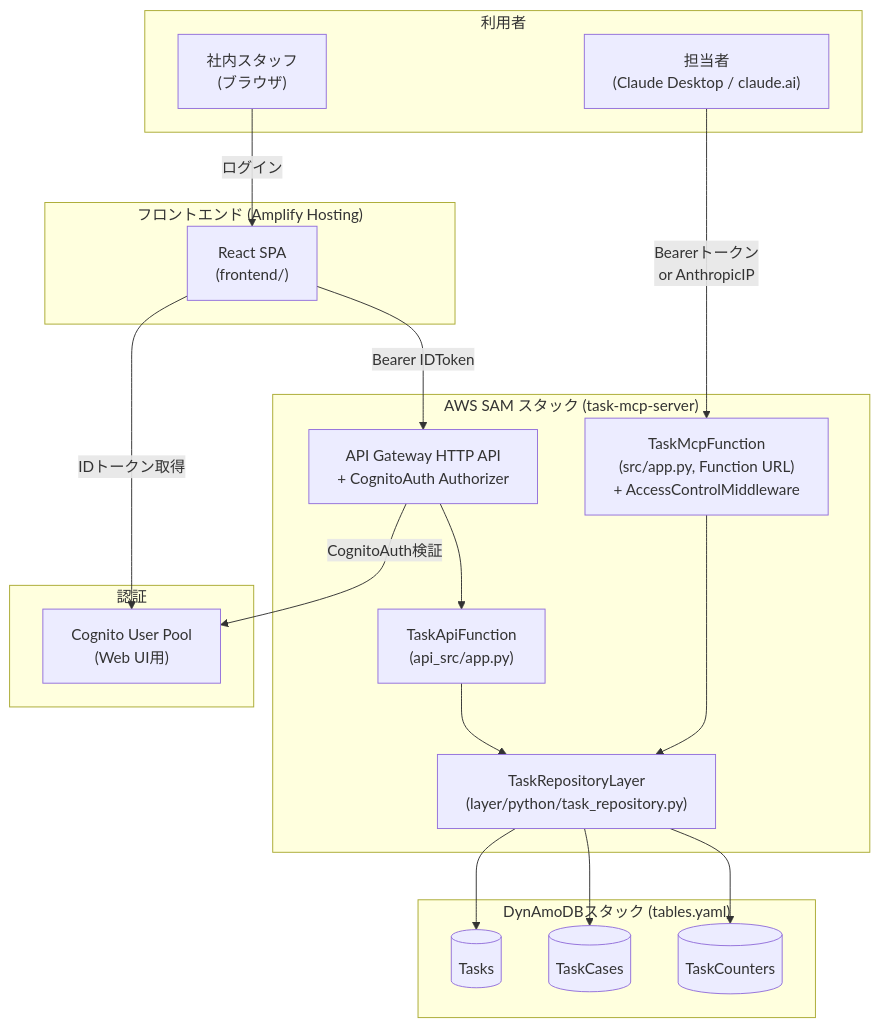
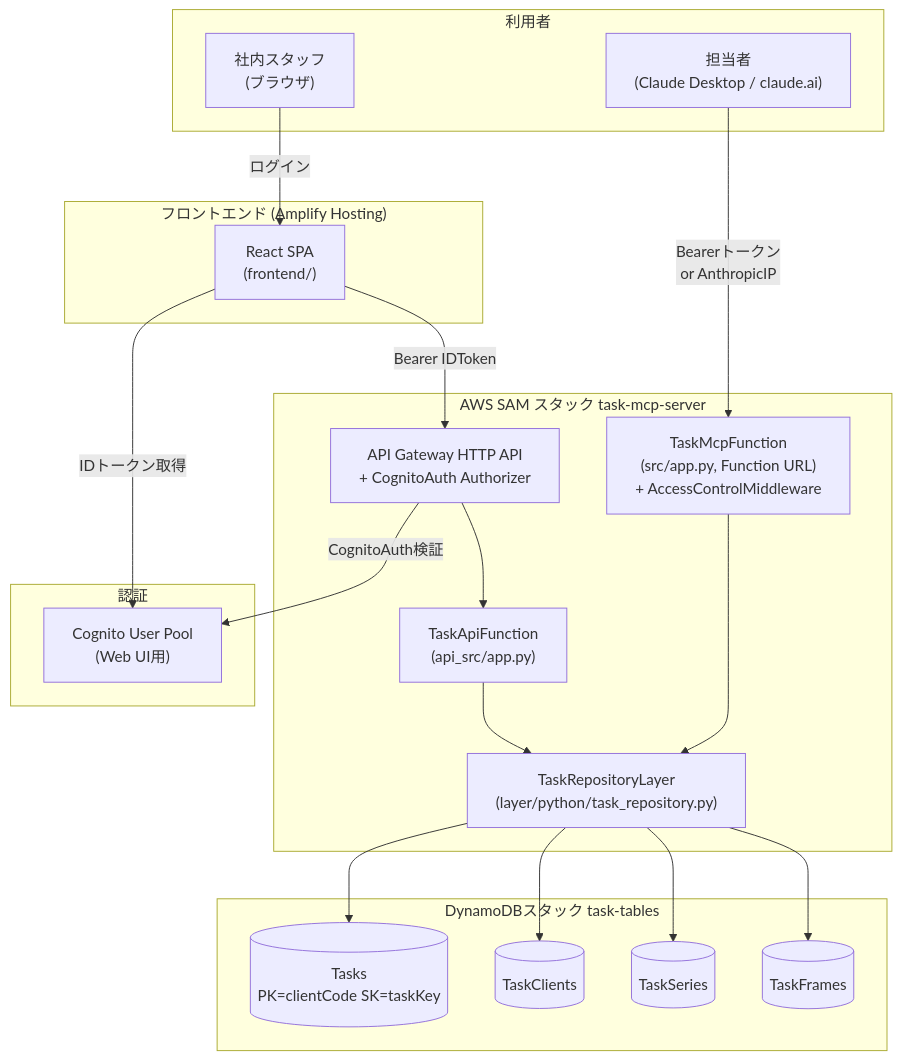
One commit to woodygaragelab/task-manager changed the diagram in docs/設計書.md. Above: the diagram before and after it, drawn with Mermaid. The commit also changed other lines of this file and 1 other file, not shown here.

First line of the commit message:
設計書・READMEをClient/Series/Frameモデルに合わせて更新

````diff
--- a/docs/設計書.md
+++ b/docs/設計書.md
@@ -32,42 +34,44 @@
 ```mermaid
 flowchart TB
-    subgraph Client["利用者"]
+    subgraph ClientUsers["利用者"]
         WebUser["社内スタッフ<br/>(ブラウザ)"]
         ClaudeUser["担当者<br/>(Claude Desktop / claude.ai)"]
     end
 
     subgraph Frontend["フロントエンド (Amplify Hosting)"]
         SPA["React SPA<br/>(frontend/)"]
     end
 
     subgraph AuthN["認証"]
         Cognito["Cognito User Pool<br/>(Web UI用)"]
     end
 
-    subgraph API["AWS SAM スタック (task-mcp-server)"]
+    subgraph API["AWS SAM スタック task-mcp-server"]
         APIGW["API Gateway HTTP API<br/>+ CognitoAuth Authorizer"]
         WebApiLambda["TaskApiFunction<br/>(api_src/app.py)"]
         McpLambda["TaskMcpFunction<br/>(src/app.py, Function URL)<br/>+ AccessControlMiddleware"]
         Layer["TaskRepositoryLayer<br/>(layer/python/task_repository.py)"]
     end
 
-    subgraph Data["DynAmoDBスタック (tables.yaml)"]
-        Tasks[("Tasks")]
-        Cases[("TaskCases")]
-        Counters[("TaskCounters")]
+    subgraph Data["DynamoDBスタック task-tables"]
+        Tasks[("Tasks<br/>PK=clientCode SK=taskKey")]
+        Clients[("TaskClients")]
+        Series[("TaskSeries")]
+        Frames[("TaskFrames")]
     end
 
     WebUser -->|ログイン| SPA
     SPA -->|IDトークン取得| Cognito
     SPA -->|Bearer IDToken| APIGW
     APIGW -->|CognitoAuth検証| Cognito
     APIGW --> WebApiLambda
 
     ClaudeUser -->|Bearerトークン<br/>or AnthropicIP| McpLambda
 
     WebApiLambda --> Layer
     McpLambda --> Layer
     Layer --> Tasks
-    Layer --> Cases
-    Layer --> Counters
+    Layer --> Clients
+    Layer --> Series
+    Layer --> Frames
 ```
````
